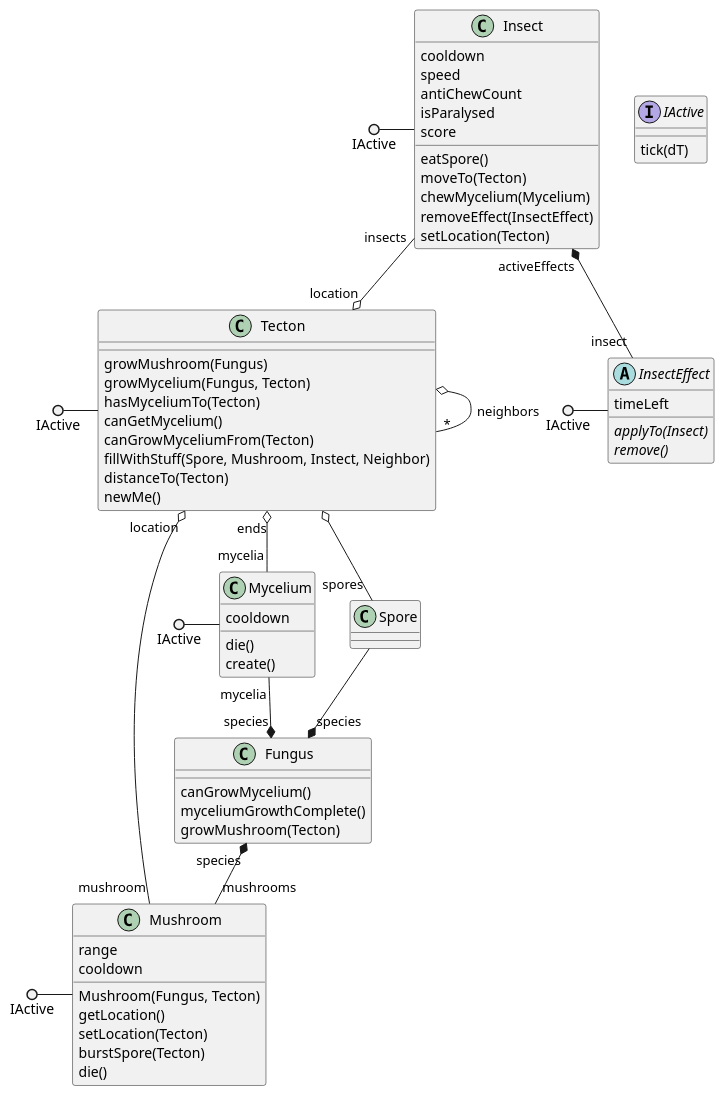
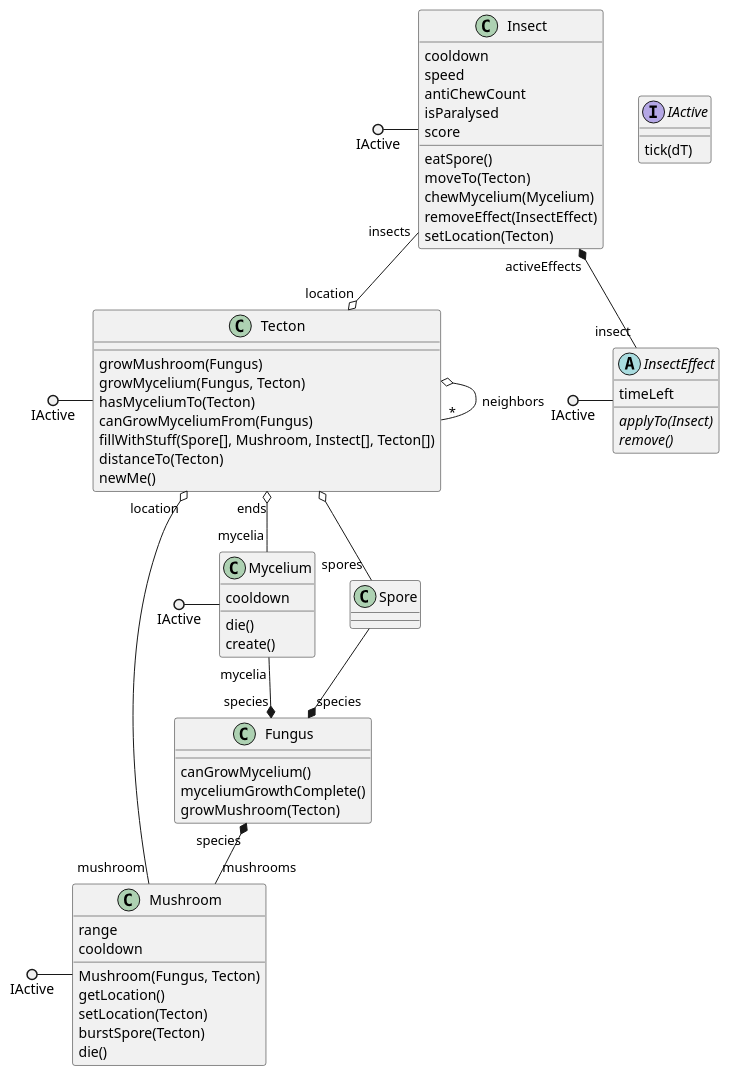
The diagram in classes.pu (ZD4ve/projlab-error521), drawn with PlantUML before and after one commit. The commit also changed 1 other file, not shown here.

Commit message:
Tecton changed a bit

```diff
--- a/classes.pu
+++ b/classes.pu
@@ -1,87 +1,87 @@
 @startuml classes
 interface IActive {
     tick(dT)
 }
 'Addneighbor, remove, fill belement többet hogy jelölünk
 'NEM E KELL RETURN TÍPUS'
 
 'Dávid: kikommentelt fv-ek getter-setterek, elhagyhatjuk őket innen?
+'LÁTHATÓSÁG kell?
 class Tecton {
     growMushroom(Fungus)
     growMycelium(Fungus, Tecton)
     hasMyceliumTo(Tecton)
-    canGetMycelium()
-    canGrowMyceliumFrom(Tecton)
+    canGrowMyceliumFrom(Fungus)
     ' removeInsect(Insect)
     ' addInsect(Insect)
     ' addNeighbor(Tecton)
     ' removeNeighbor(Tecton)
-    fillWithStuff(Spore, Mushroom, Instect, Neighbor)
+    fillWithStuff(Spore[], Mushroom, Instect[], Tecton[])
     distanceTo(Tecton)
     ' addSpore(Spore)
     newMe()
 }
 class Fungus {
     canGrowMycelium()
     myceliumGrowthComplete()
     growMushroom(Tecton)
 }
 class Mycelium {
     cooldown
     die()
     create()
 }
 class Mushroom {
     range
     cooldown
     Mushroom(Fungus, Tecton)
     getLocation()
     setLocation(Tecton)
     burstSpore(Tecton)
     die()
 }
 class Spore
 
 'Panni: ide nem írom ki a getter-settereket, elegek szntem az attribútumok
 ' +ha van removeEffect() akkor applyEffect() nincs? vagy azt a setIsParalysed() és a hasonlóak helyettesítik?
 ' +azt viszont nem tudom h az asszociációk setterei (pl setLocation) kellenek-e
 ' +az antiChewCount az hogyhogy counter és nem boolean?
 class Insect {
     cooldown
     speed
     antiChewCount
     isParalysed
     score
     eatSpore()
     moveTo(Tecton)
     chewMycelium(Mycelium)
     removeEffect(InsectEffect)
     setLocation(Tecton)
 }
 abstract InsectEffect {
     timeLeft
     {abstract} applyTo(Insect)
     {abstract} remove()
 }
 
 IActive ()- Tecton
 IActive ()- Mushroom
 IActive ()- Mycelium
 IActive ()- Insect
 IActive ()- InsectEffect
 
 Tecton o-- "*" Tecton : neighbors
 Tecton "ends" o-- "mycelia" Mycelium
 Tecton o-- "spores" Spore
 Tecton "location" o-- "mushroom" Mushroom
 
 Mycelium "mycelia" --* "species" Fungus
 
 Insect "activeEffects" *-- "insect" InsectEffect
 Insect "insects" --o "location" Tecton
 
 Fungus "species" *-- "mushrooms" Mushroom
 
 Spore --* "species" Fungus
 
 @enduml
```
